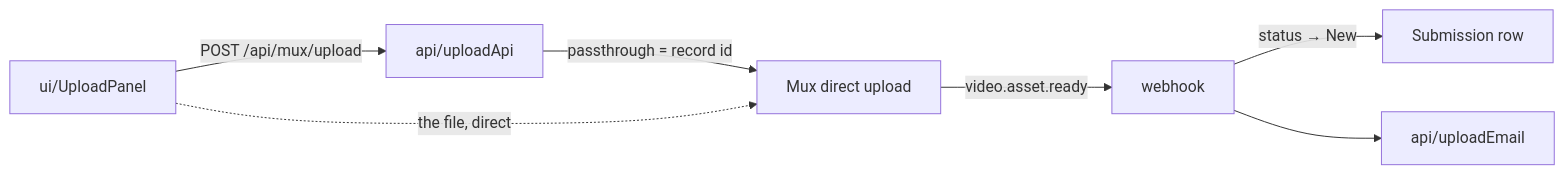
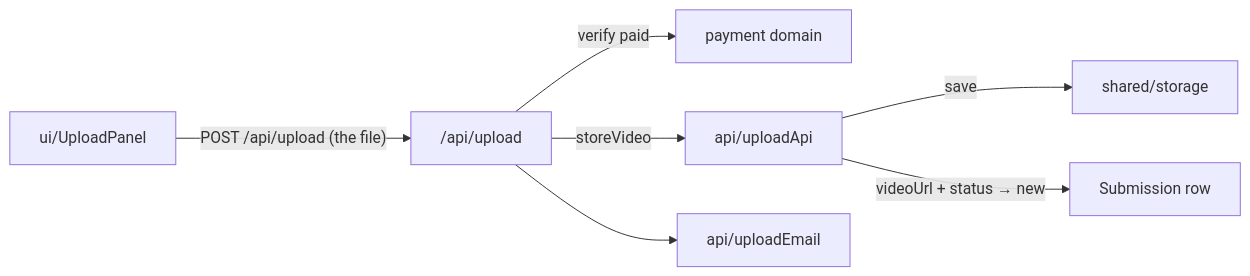
Before and after one commit to aaronjwylie/baseballcoach: the diagram in src/domains/upload/_UploadDocumentation.md, drawn with Mermaid. The commit also changed other lines of this file and 4 other files, not shown here.

````diff
--- a/src/domains/upload/_UploadDocumentation.md
+++ b/src/domains/upload/_UploadDocumentation.md
@@ -14,9 +15,9 @@
 ```mermaid
 flowchart LR
-    PANEL["ui/UploadPanel"] -->|"POST /api/mux/upload"| API["api/uploadApi"]
-    API -->|"passthrough = record id"| MUX["Mux direct upload"]
-    PANEL -.->|"the file, direct"| MUX
-    MUX -->|"video.asset.ready"| HOOK["webhook"]
-    HOOK -->|"status → New"| SUB["Submission row"]
-    HOOK --> MAIL["api/uploadEmail"]
+    PANEL["ui/UploadPanel"] -->|"POST /api/upload (the file)"| API["/api/upload"]
+    API -->|"verify paid"| PAY["payment domain"]
+    API -->|"storeVideo"| APIU["api/uploadApi"]
+    APIU -->|"save"| STORE["shared/storage"]
+    APIU -->|"videoUrl + status → new"| SUB["Submission row"]
+    API --> MAIL["api/uploadEmail"]
 ```
````
